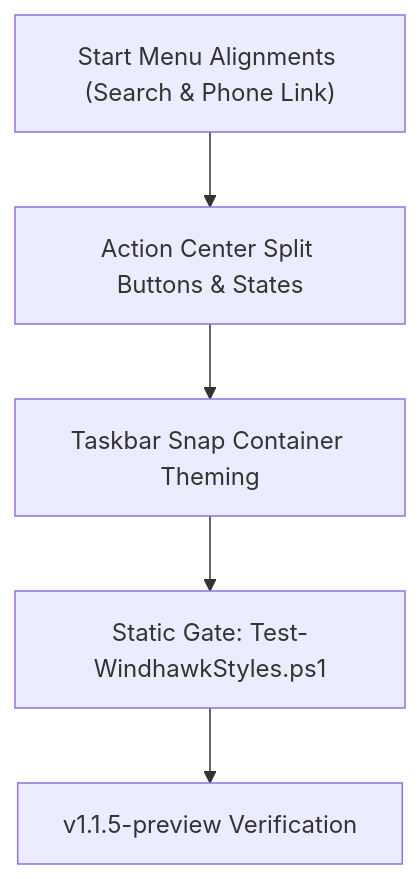
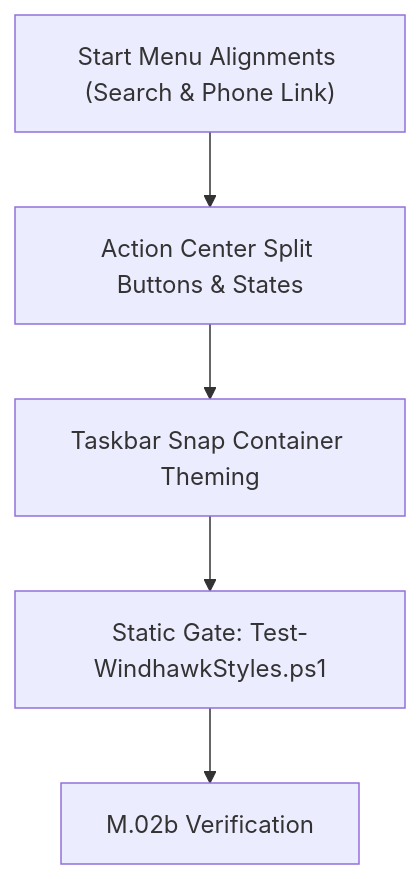
Before and after one commit to HELIX-Origin/Windhawk-Command-Center-Suite: the diagram in ROADMAP.md, drawn with Mermaid. The commit also changed other lines of this file and 10 other files, not shown here.

First line of the commit message:
Update ROADMAP and add src/README.md for Windhawk Command Center Suite

````diff
--- a/ROADMAP.md
+++ b/ROADMAP.md
@@ -39,7 +39,7 @@
 ```mermaid
 flowchart TD
     M2b_SM["Start Menu Alignments (Search & Phone Link)"] --> M2b_NC["Action Center Split Buttons & States"]
     M2b_NC --> M2b_Snap["Taskbar Snap Container Theming"]
     M2b_Snap --> M2b_Gate["Static Gate: Test-WindhawkStyles.ps1"]
-    M2b_Gate --> M2b_Release["v1.1.5-preview Verification"]
+    M2b_Gate --> M2b_Release["M.02b Verification"]
 ```
````
